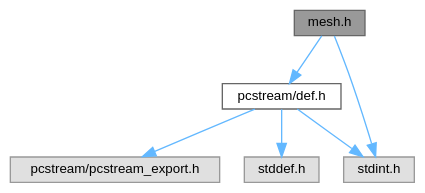
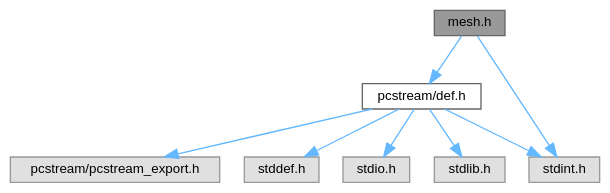
Before and after one commit to QuangNguyenLong/pcstream: the diagram in mesh_8h__incl.dot, drawn with Graphviz. The commit also changed 40 other files, not shown here.

```diff
--- a/mesh_8h__incl.dot
+++ b/mesh_8h__incl.dot
@@ -1,17 +1,21 @@
 digraph "mesh.h"
 {
  // LATEX_PDF_SIZE
   bgcolor="transparent";
   edge [fontname=Helvetica,fontsize=10,labelfontname=Helvetica,labelfontsize=10];
   node [fontname=Helvetica,fontsize=10,shape=box,height=0.2,width=0.4];
   Node1 [id="Node000001",label="mesh.h",height=0.2,width=0.4,color="gray40", fillcolor="grey60", style="filled", fontcolor="black",tooltip=" "];
   Node1 -> Node2 [id="edge1_Node000001_Node000002",color="steelblue1",style="solid",tooltip=" "];
   Node2 [id="Node000002",label="pcstream/def.h",height=0.2,width=0.4,color="grey40", fillcolor="white", style="filled",URL="$def_8h.html",tooltip=" "];
   Node2 -> Node3 [id="edge2_Node000002_Node000003",color="steelblue1",style="solid",tooltip=" "];
   Node3 [id="Node000003",label="pcstream/pcstream_export.h",height=0.2,width=0.4,color="grey60", fillcolor="#E0E0E0", style="filled",tooltip=" "];
   Node2 -> Node4 [id="edge3_Node000002_Node000004",color="steelblue1",style="solid",tooltip=" "];
   Node4 [id="Node000004",label="stddef.h",height=0.2,width=0.4,color="grey60", fillcolor="#E0E0E0", style="filled",tooltip=" "];
   Node2 -> Node5 [id="edge4_Node000002_Node000005",color="steelblue1",style="solid",tooltip=" "];
   Node5 [id="Node000005",label="stdint.h",height=0.2,width=0.4,color="grey60", fillcolor="#E0E0E0", style="filled",tooltip=" "];
-  Node1 -> Node5 [id="edge5_Node000001_Node000005",color="steelblue1",style="solid",tooltip=" "];
+  Node2 -> Node6 [id="edge5_Node000002_Node000006",color="steelblue1",style="solid",tooltip=" "];
+  Node6 [id="Node000006",label="stdio.h",height=0.2,width=0.4,color="grey60", fillcolor="#E0E0E0", style="filled",tooltip=" "];
+  Node2 -> Node7 [id="edge6_Node000002_Node000007",color="steelblue1",style="solid",tooltip=" "];
+  Node7 [id="Node000007",label="stdlib.h",height=0.2,width=0.4,color="grey60", fillcolor="#E0E0E0", style="filled",tooltip=" "];
+  Node1 -> Node5 [id="edge7_Node000001_Node000005",color="steelblue1",style="solid",tooltip=" "];
 }
```
